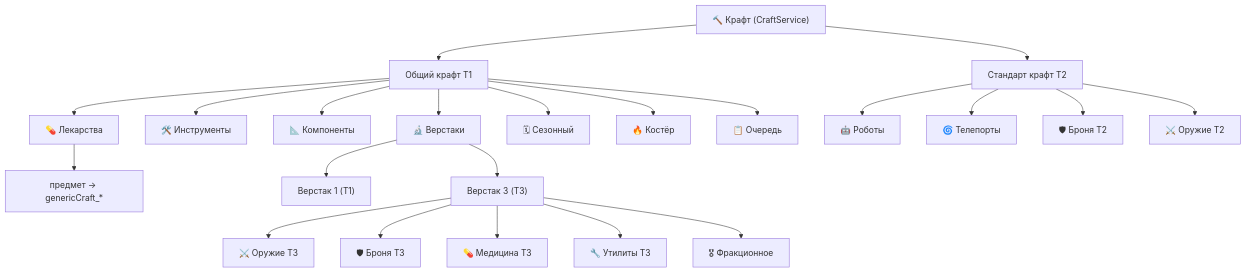
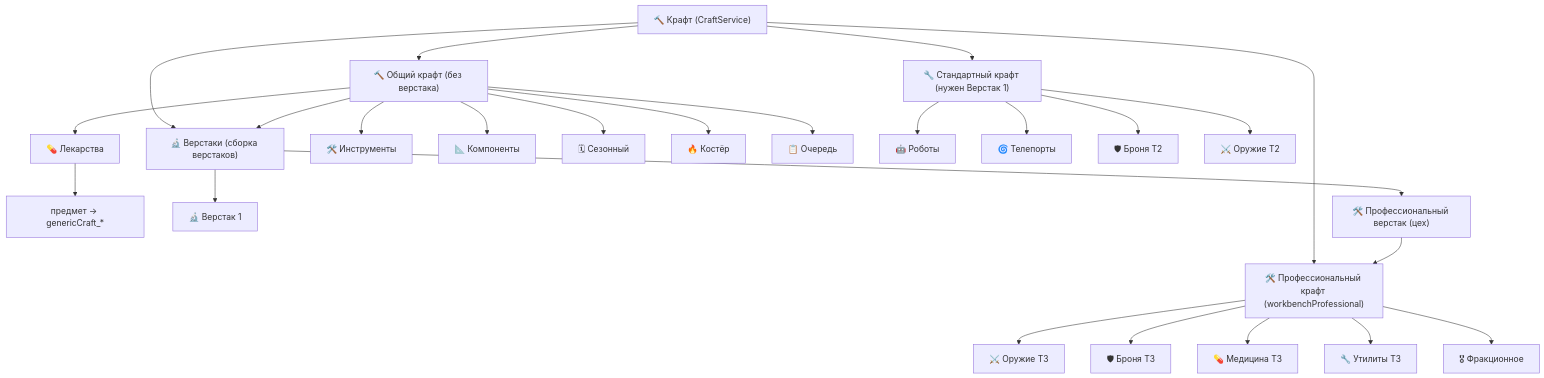
One commit to Black-coffe/wild-world-rpg changed the third of 4 diagrams in docs/navigation/NAVIGATION_MAP.md. Above: the diagram before and after it, drawn with Mermaid. The commit also changed other lines of this file and 9 other files, not shown here.

````diff
--- a/docs/navigation/NAVIGATION_MAP.md
+++ b/docs/navigation/NAVIGATION_MAP.md
@@ -175,15 +175,18 @@
 ```mermaid
 flowchart TD
     CR["🔨 Крафт (CraftService)"]
-    CR --> GEN["Общий крафт T1"]
-    CR --> STD["Стандарт крафт T2"]
+    CR --> GEN["🔨 Общий крафт (без верстака)"]
+    CR --> STD["🔧 Стандартный крафт (нужен Верстак 1)"]
+    CR --> PRO["🛠️ Профессиональный крафт (workbenchProfessional)"]
+    CR --> WB["🔬 Верстаки (сборка верстаков)"]
     GEN --> MED["💊 Лекарства"] --> MITEM["предмет → genericCraft_*"]
     GEN --> TOOL["🛠️ Инструменты"]
     GEN --> COMP["📐 Компоненты"]
-    GEN --> WB["🔬 Верстаки"]
-    WB --> WB1["Верстак 1 (T1)"]
-    WB --> WB3["Верстак 3 (T3)"]
-    WB3 --> T3W["⚔️ Оружие T3"] & T3A["🛡 Броня T3"] & T3M["💊 Медицина T3"] & T3U["🔧 Утилиты T3"] & T3F["🎖 Фракционное"]
+    GEN --> WB
     GEN --> SEA["🗓 Сезонный"] & COOK["🔥 Костёр"] & QUE["📋 Очередь"]
+    WB --> WB1["🔬 Верстак 1"]
+    WB --> WBP["🛠️ Профессиональный верстак (цех)"]
+    WBP --> PRO
+    PRO --> T3W["⚔️ Оружие T3"] & T3A["🛡 Броня T3"] & T3M["💊 Медицина T3"] & T3U["🔧 Утилиты T3"] & T3F["🎖 Фракционное"]
     STD --> ROB["🤖 Роботы"] & TP["🌀 Телепорты"] & A2["🛡 Броня T2"] & W2["⚔️ Оружие T2"]
 ```
````
